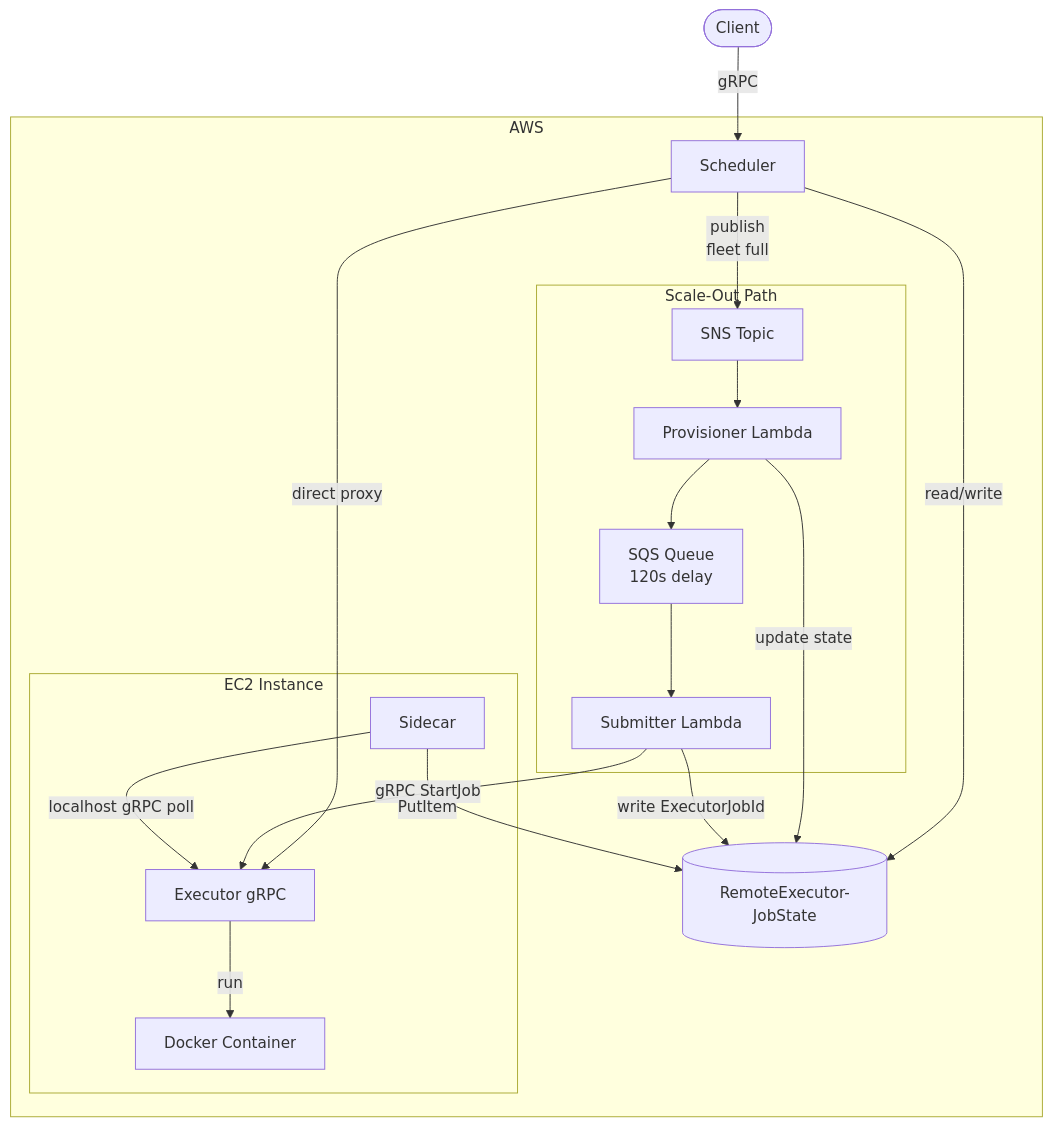
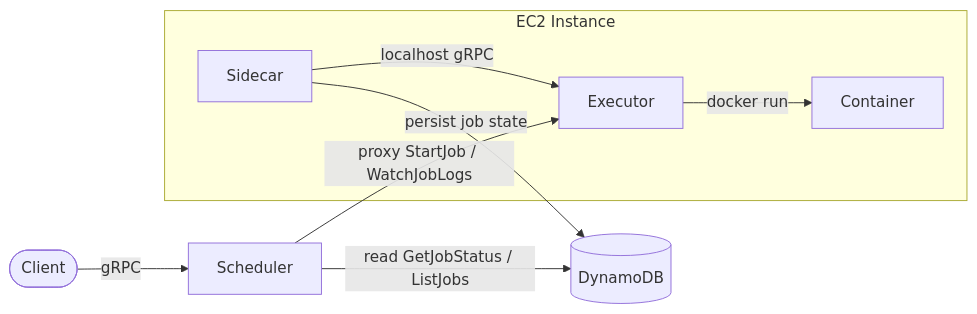
Before and after one commit to atomicul/remote-executor: the first of 2 diagrams in README.md, drawn with Mermaid. The commit also changed other lines of this file, not shown here.

Commit message:
Split architecture diagram into steady-state and scale-out flows
Single diagram was hard to read. Two focused left-to-right flowcharts
make each path self-explanatory.

````diff
--- a/README.md
+++ b/README.md
@@ -9,36 +11,13 @@
 ```mermaid
-graph TD
-    Client([Client])
+flowchart LR
+    Client([Client]) -- gRPC --> Scheduler
+    Scheduler -- proxy StartJob / WatchJobLogs --> Executor
+    Scheduler -- read GetJobStatus / ListJobs --> DynamoDB[(DynamoDB)]
 
-    subgraph AWS
-        Scheduler[Scheduler]
-        DynamoDB[(RemoteExecutor-JobState)]
-
-        subgraph Scale-Out Path
-            SNS[SNS Topic]
-            Provisioner[Provisioner Lambda]
-            SQS[SQS Queue<br/>120s delay]
-            Submitter[Submitter Lambda]
-        end
-
-        subgraph EC2 Instance
-            Executor[Executor gRPC]
-            Sidecar[Sidecar]
-            Container[Docker Container]
-        end
+    subgraph EC2[EC2 Instance]
+        Executor[Executor] -- docker run --> Container[Container]
+        Sidecar[Sidecar] -- localhost gRPC --> Executor
     end
 
-    Client -- gRPC --> Scheduler
-    Scheduler -- read/write --> DynamoDB
-    Scheduler -- direct proxy --> Executor
-    Scheduler -- publish<br/>fleet full --> SNS
-    SNS --> Provisioner
-    Provisioner -- update state --> DynamoDB
-    Provisioner --> SQS
-    SQS --> Submitter
-    Submitter -- gRPC StartJob --> Executor
-    Submitter -- write ExecutorJobId --> DynamoDB
-    Sidecar -- localhost gRPC poll --> Executor
-    Sidecar -- PutItem --> DynamoDB
-    Executor -- run --> Container
+    Sidecar -- persist job state --> DynamoDB
 ```
````
